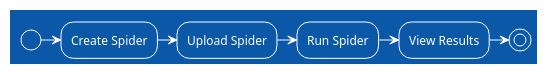
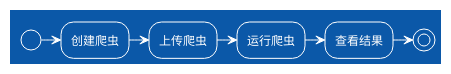
The first of 2 diagrams in docs/zh/guide/use-crawlab/basic-concepts/spider.md (crawlab-team/crawlab-docs), drawn with PlantUML before and after one commit. The commit also changed other lines of this file and 1 other file, not shown here.

```diff
--- a/docs/zh/guide/use-crawlab/basic-concepts/spider.md
+++ b/docs/zh/guide/use-crawlab/basic-concepts/spider.md
@@ -13,10 +13,10 @@
 @startuml
 !theme amiga
 
-(*) -right-> "Create Spider"
--right-> "Upload Spider"
--right-> "Run Spider"
--right-> "View Results"
+(*) -right-> "创建爬虫"
+-right-> "上传爬虫"
+-right-> "运行爬虫"
+-right-> "查看结果"
 -right-> (*)
 
 @enduml
```
